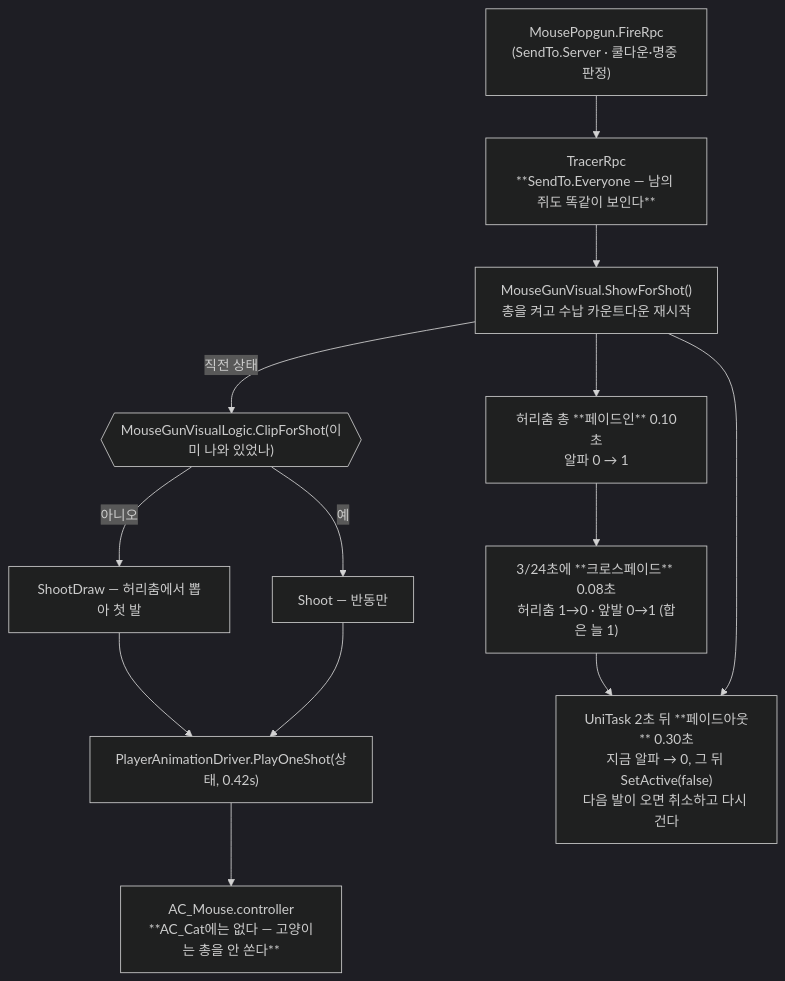
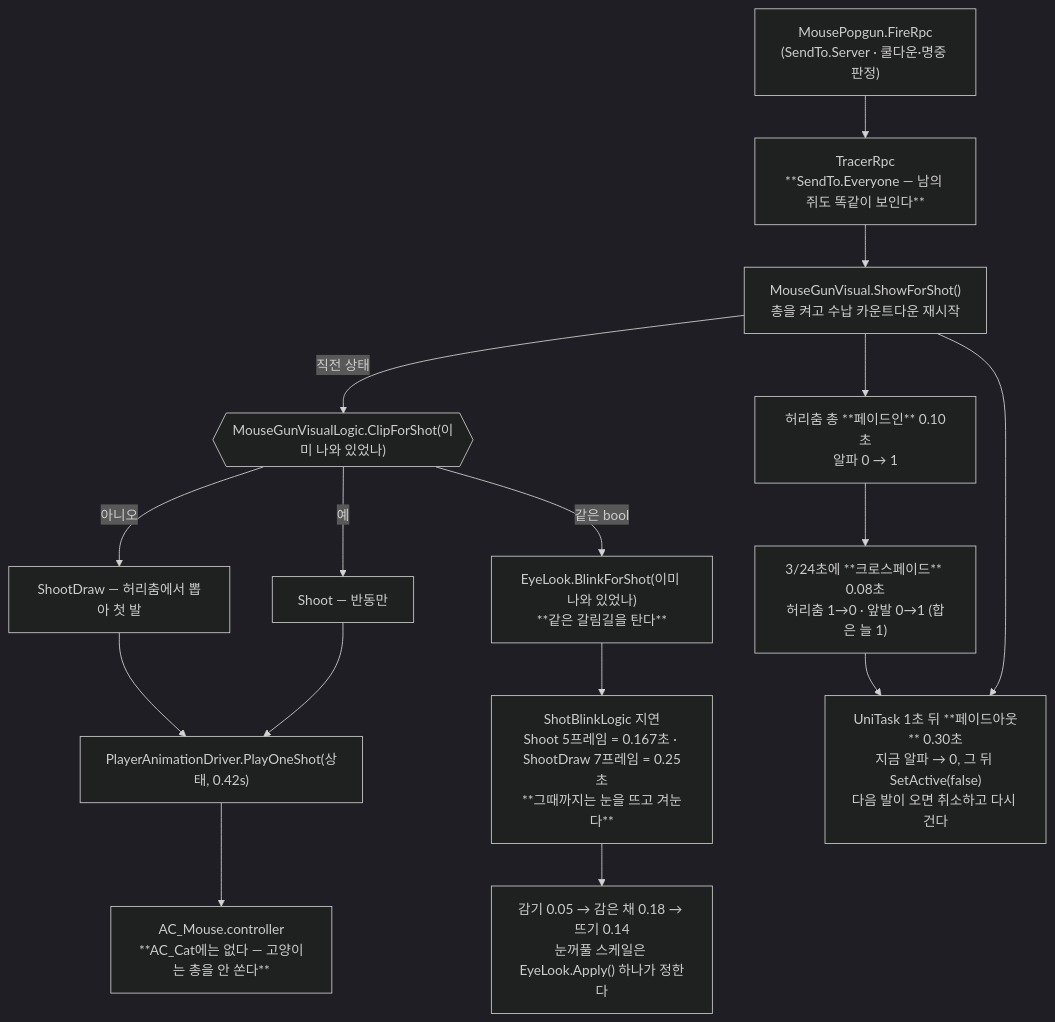
Diagram 51 of 53 in CTC/docs/design-vault/코드 다이어그램.md (JeahanPark/The-Cheese-Thief-and-the-Cat), drawn with Mermaid (dark theme) before and after one commit. The commit also changed other lines of this file and 7 other files, not shown here.

````diff
--- a/CTC/docs/design-vault/코드 다이어그램.md
+++ b/CTC/docs/design-vault/코드 다이어그램.md
@@ -2905,27 +2922,33 @@
 ```mermaid
 flowchart TD
     FIRE["MousePopgun.FireRpc<br/>(SendTo.Server · 쿨다운·명중 판정)"]
     TR["TracerRpc<br/>**SendTo.Everyone — 남의 쥐도 똑같이 보인다**"]
     MGV["MouseGunVisual.ShowForShot()<br/>총을 켜고 수납 카운트다운 재시작"]
     FIN["허리춤 총 **페이드인** 0.10초<br/>알파 0 → 1"]
     SWAP["3/24초에 **크로스페이드** 0.08초<br/>허리춤 1→0 · 앞발 0→1 (합은 늘 1)"]
     LOGIC{{"MouseGunVisualLogic.ClipForShot(이미 나와 있었나)"}}
     DRAW["ShootDraw — 허리춤에서 뽑아 첫 발"]
     SHOOT["Shoot — 반동만"]
     DRV["PlayerAnimationDriver.PlayOneShot(상태, 0.42s)"]
     AC["AC_Mouse.controller<br/>**AC_Cat에는 없다 — 고양이는 총을 안 쏜다**"]
-    HOLS["UniTask 2초 뒤 **페이드아웃** 0.30초<br/>지금 알파 → 0, 그 뒤 SetActive(false)<br/>다음 발이 오면 취소하고 다시 건다"]
+    HOLS["UniTask 1초 뒤 **페이드아웃** 0.30초<br/>지금 알파 → 0, 그 뒤 SetActive(false)<br/>다음 발이 오면 취소하고 다시 건다"]
+    EYE["EyeLook.BlinkForShot(이미 나와 있었나)<br/>**같은 갈림길을 탄다**"]
+    EDLY["ShotBlinkLogic 지연<br/>Shoot 5프레임 = 0.167초 · ShootDraw 7프레임 = 0.25초<br/>**그때까지는 눈을 뜨고 겨눈다**"]
+    ELID["감기 0.05 → 감은 채 0.18 → 뜨기 0.14<br/>눈꺼풀 스케일은 EyeLook.Apply() 하나가 정한다"]
 
     FIRE --> TR
     TR --> MGV
     MGV -->|직전 상태| LOGIC
     LOGIC -->|아니오| DRAW
     LOGIC -->|예| SHOOT
     DRAW --> DRV
     SHOOT --> DRV
     DRV --> AC
     MGV --> FIN
     FIN --> SWAP
     SWAP --> HOLS
     MGV --> HOLS
+    LOGIC -->|같은 bool| EYE
+    EYE --> EDLY
+    EDLY --> ELID
 ```
````
